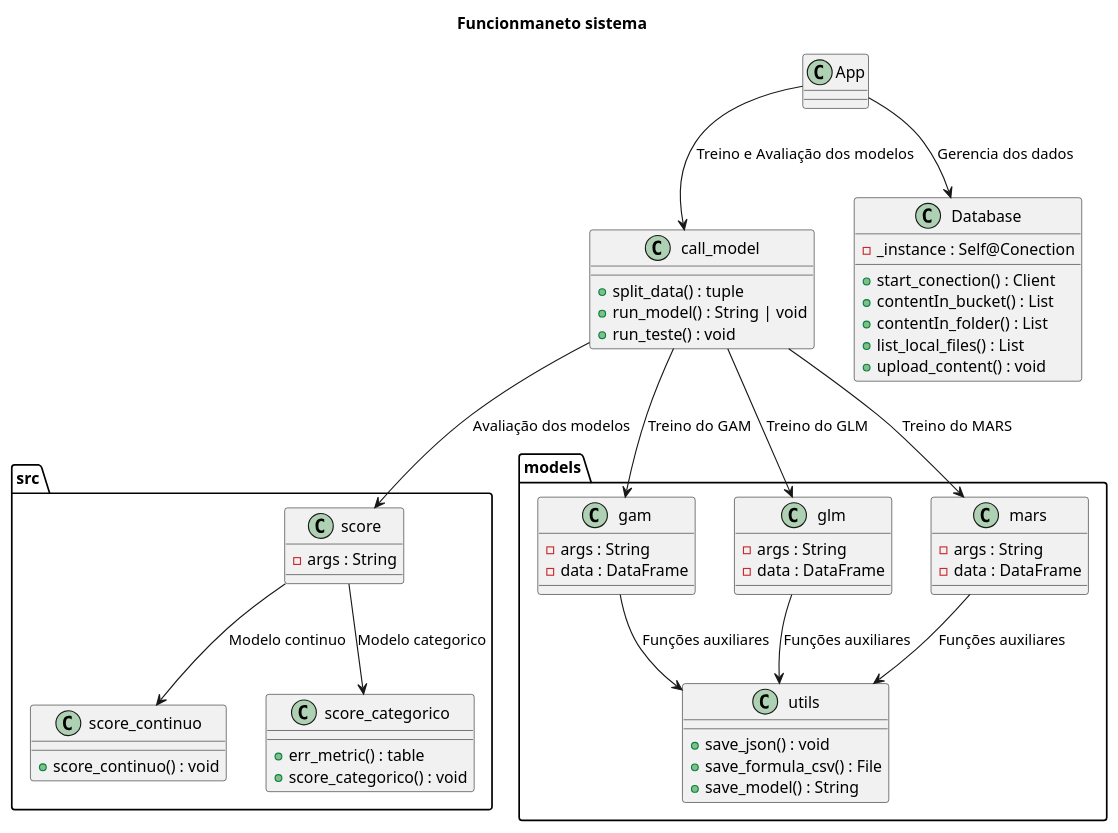
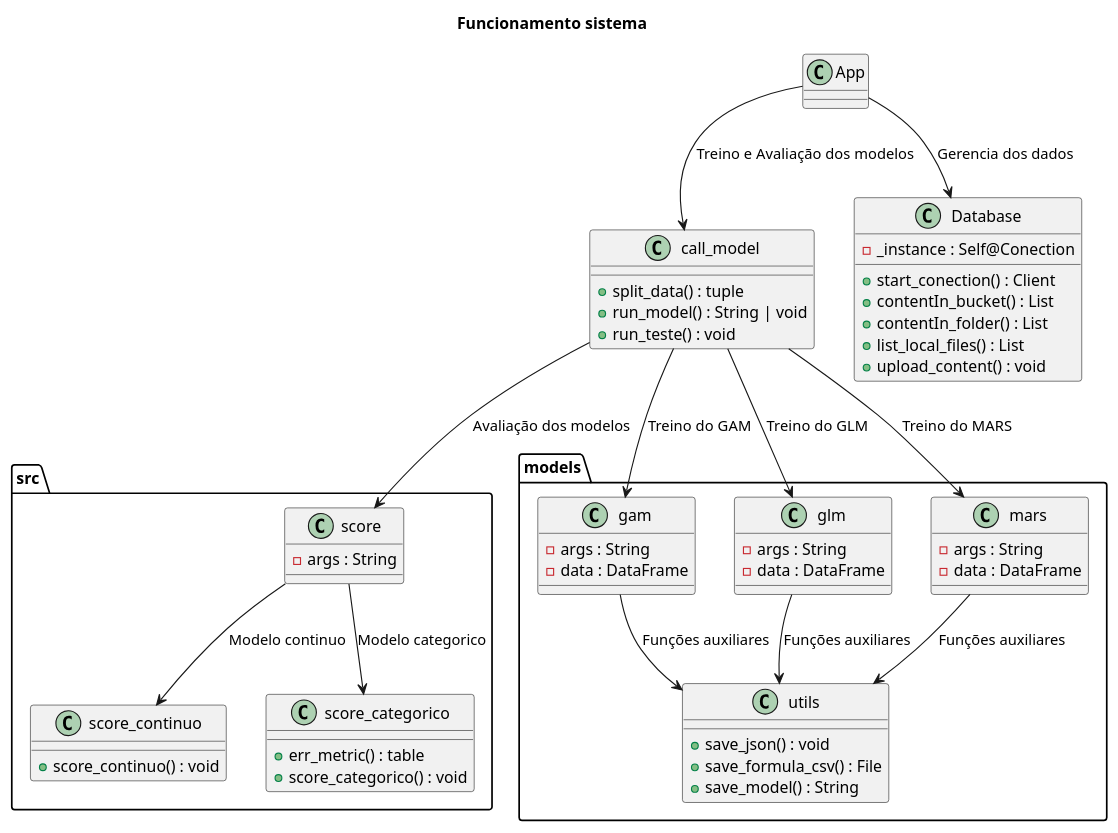
Before and after one commit to LucasMGuima/TCC: the diagram in modelagens/sistema.puml, drawn with PlantUML. The commit also changed 3 other files, not shown here.

```diff
--- a/modelagens/sistema.puml
+++ b/modelagens/sistema.puml
@@ -1,69 +1,69 @@
 @startuml
-title Funcionmaneto sistema
+title Funcionamento sistema
 
 ' Definição de classes
 class App { }
 
 class call_model {
     + split_data() : tuple
     + run_model() : String | void
     + run_teste() : void
 }
 
 class Database {
     - _instance : Self@Conection
     + start_conection() : Client
     + contentIn_bucket() : List
     + contentIn_folder() : List
     + list_local_files() : List
     + upload_content() : void
 }
 
 class src.score { 
     - args : String
 }
 
 class src.score_continuo { 
     + score_continuo() : void
 }
 
 class src.score_categorico {
     + err_metric() : table
     + score_categorico() : void
 }
 
 class models.gam {
     - args : String
     - data : DataFrame
 }
 
 class models.glm { 
     - args : String
     - data : DataFrame
 }
 
 class models.mars {
     - args : String
     - data : DataFrame
 }
 
 class models.utils {
     + save_json() : void
     + save_formula_csv() : File
     + save_model() : String
 }
 
 ' Relacionamentos
 App --> Database : Gerencia dos dados
 App --> call_model : Treino e Avaliação dos modelos
 call_model --> models.gam : Treino do GAM
 call_model --> models.glm : Treino do GLM
 call_model --> models.mars : Treino do MARS
 call_model --> src.score : Avaliação dos modelos
 models.gam --> models.utils : Funções auxiliares
 models.glm --> models.utils : Funções auxiliares
 models.mars --> models.utils : Funções auxiliares
 src.score --> src.score_categorico : Modelo categorico
 src.score --> src.score_continuo : Modelo continuo
 
 @enduml
```
